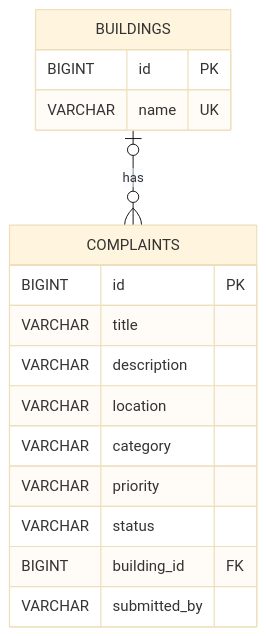
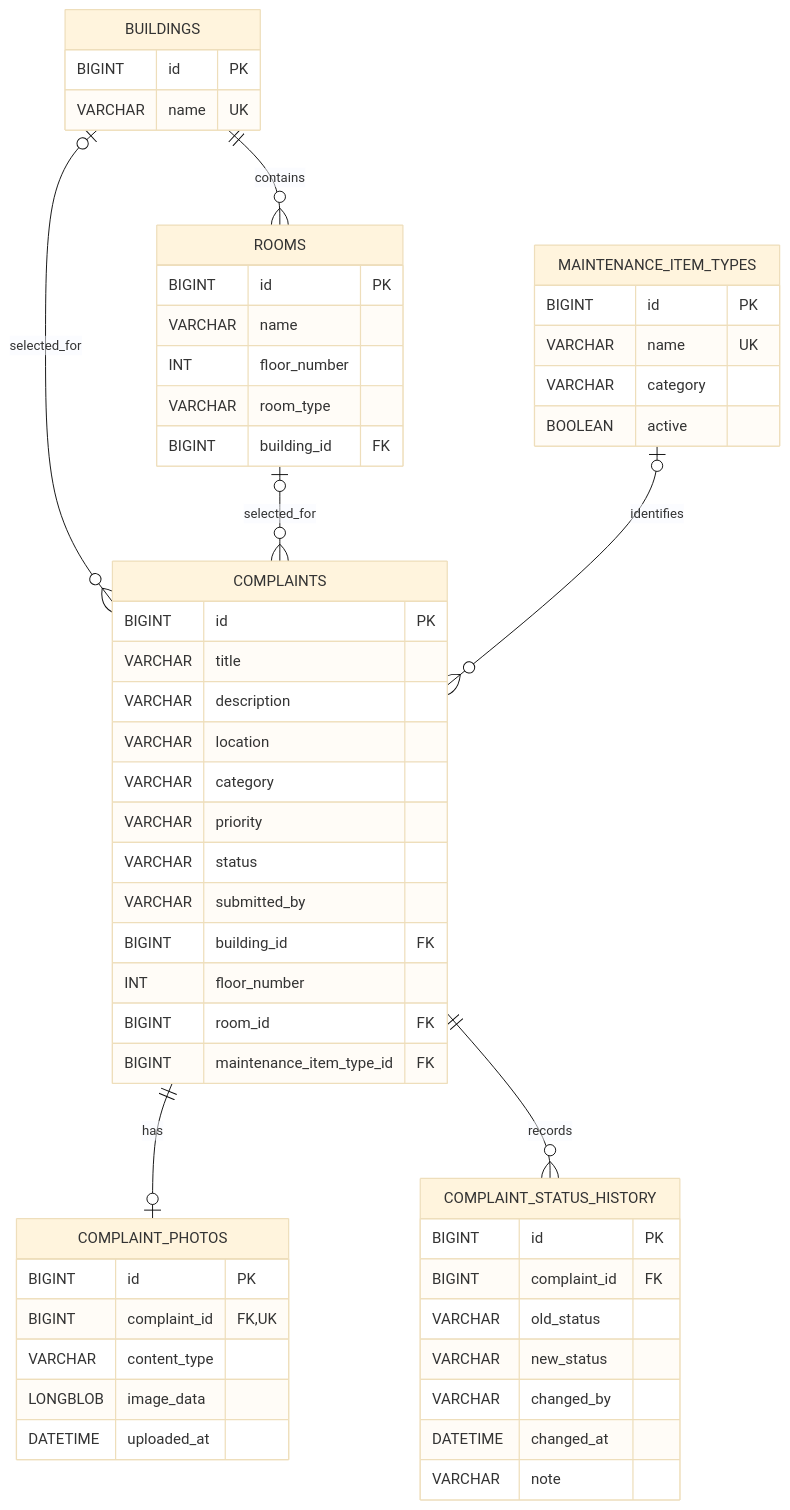
One commit to Manusha-eng/university-maintenance changed the diagram in README.md. Above: the diagram before and after it, drawn with Mermaid (base theme). The commit also changed other lines of this file and 32 other files, not shown here.

````diff
--- a/README.md
+++ b/README.md
@@ -75,21 +208,62 @@
 ```mermaid
 erDiagram
-    BUILDINGS |o--o{ COMPLAINTS : has
+    BUILDINGS ||--o{ ROOMS : contains
+    BUILDINGS o|--o{ COMPLAINTS : selected_for
+    ROOMS o|--o{ COMPLAINTS : selected_for
+    MAINTENANCE_ITEM_TYPES o|--o{ COMPLAINTS : identifies
+    COMPLAINTS ||--o| COMPLAINT_PHOTOS : has
+    COMPLAINTS ||--o{ COMPLAINT_STATUS_HISTORY : records
 
     BUILDINGS {
         BIGINT id PK
         VARCHAR name UK
+    }
+
+    ROOMS {
+        BIGINT id PK
+        VARCHAR name
+        INT floor_number
+        VARCHAR room_type
+        BIGINT building_id FK
+    }
+
+    MAINTENANCE_ITEM_TYPES {
+        BIGINT id PK
+        VARCHAR name UK
+        VARCHAR category
+        BOOLEAN active
     }
 
     COMPLAINTS {
         BIGINT id PK
         VARCHAR title
         VARCHAR description
         VARCHAR location
         VARCHAR category
         VARCHAR priority
         VARCHAR status
+        VARCHAR submitted_by
         BIGINT building_id FK
-        VARCHAR submitted_by
+        INT floor_number
+        BIGINT room_id FK
+        BIGINT maintenance_item_type_id FK
+    }
+
+    COMPLAINT_PHOTOS {
+        BIGINT id PK
+        BIGINT complaint_id FK,UK
+        VARCHAR content_type
+        LONGBLOB image_data
+        DATETIME uploaded_at
+    }
+
+    COMPLAINT_STATUS_HISTORY {
+        BIGINT id PK
+        BIGINT complaint_id FK
+        VARCHAR old_status
+        VARCHAR new_status
+        VARCHAR changed_by
+        DATETIME changed_at
+        VARCHAR note
     }
 ```
````
